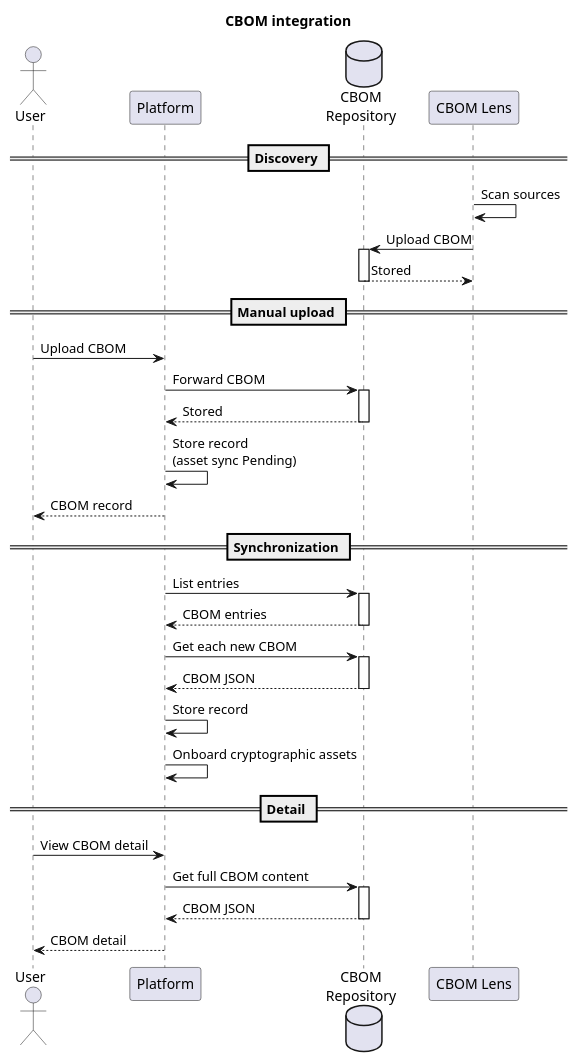
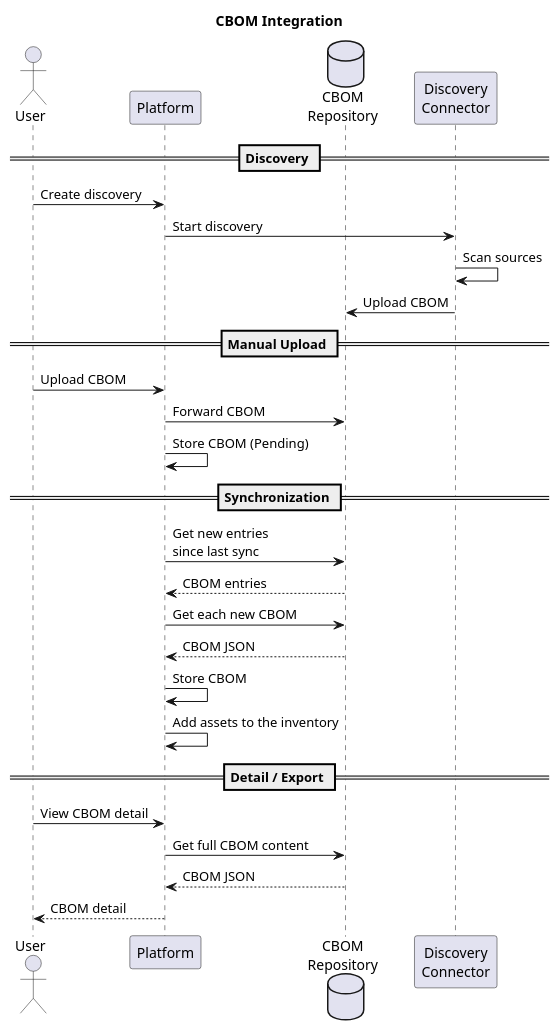
Before and after one commit to OmniTrustILM/documentation: the diagram in docs/certificate-key/concept-design/core-components/cbom.md, drawn with PlantUML. The commit also changed other lines of this file and 3 other files, not shown here.

````diff
--- a/docs/certificate-key/concept-design/core-components/cbom.md
+++ b/docs/certificate-key/concept-design/core-components/cbom.md
@@ -237,54 +124,35 @@
 ```plantuml
 @startuml CBOM Integration
-
-title CBOM integration
-
-skinparam topurl /api/
+title CBOM Integration
 
 actor "User" as user
 participant "Platform" as core
 database "CBOM\nRepository" as repo
-participant "CBOM Lens" as lens
+participant "Discovery\nConnector" as connector
 
 == Discovery ==
+user -> core: Create discovery
+core -> connector: Start discovery
+connector -> connector: Scan sources
+connector -> repo: Upload CBOM
 
-lens -> lens: Scan sources
-lens -> repo: Upload CBOM
-activate repo
-repo --> lens: Stored
-deactivate repo
-
-== Manual upload ==
-
-user -> core [[core-cbom#tag/cbom-management/POST/v1/cboms/upload]]: Upload CBOM
+== Manual Upload ==
+user -> core: Upload CBOM
 core -> repo: Forward CBOM
-activate repo
-repo --> core: Stored
-deactivate repo
-core -> core: Store record\n(asset sync Pending)
-core --> user: CBOM record
+core -> core: Store CBOM (Pending)
 
 == Synchronization ==
+core -> repo: Get new entries\nsince last sync
+repo --> core: CBOM entries
+core -> repo: Get each new CBOM
+repo --> core: CBOM JSON
+core -> core: Store CBOM
+core -> core: Add assets to the inventory
 
-core -> repo: List entries
-activate repo
-repo --> core: CBOM entries
-deactivate repo
-core -> repo: Get each new CBOM
-activate repo
+== Detail / Export ==
+user -> core: View CBOM detail
+core -> repo: Get full CBOM content
 repo --> core: CBOM JSON
-deactivate repo
-core -> core: Store record
-core -> core: Onboard cryptographic assets
-
-== Detail ==
-
-user -> core [[core-cbom#tag/cbom-management/GET/v1/cboms/{uuid}]]: View CBOM detail
-core -> repo: Get full CBOM content
-activate repo
-repo --> core: CBOM JSON
-deactivate repo
 core --> user: CBOM detail
-
 @enduml
 ```
````
